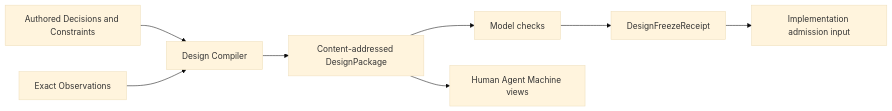
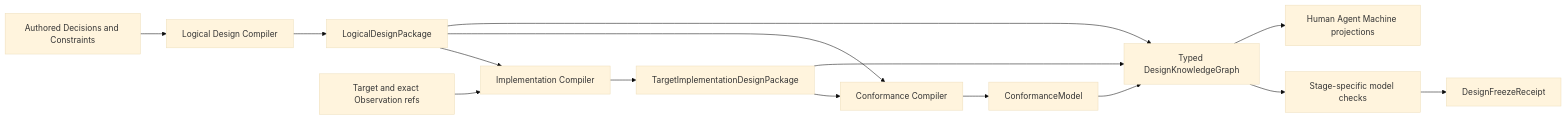
Before and after one commit to sec-platform/sec: the ninth of 9 diagrams in docs/design-calculus.md, drawn with Mermaid (base theme). The commit also changed other lines of this file and 2 other files, not shown here.

Commit message:
docs: separate logical implementation and conformance design

````diff
--- a/docs/design-calculus.md
+++ b/docs/design-calculus.md
@@ -688,10 +714,17 @@
 ```mermaid
 flowchart LR
-  A[Authored Decisions and Constraints] --> C[Design Compiler]
-  O[Exact Observations] --> C
-  C --> P[Content-addressed DesignPackage]
-  P --> M[Model checks]
+  A[Authored Decisions and Constraints] --> L[Logical Design Compiler]
+  L --> LP[LogicalDesignPackage]
+  O[Target and exact Observation refs] --> I[Implementation Compiler]
+  LP --> I
+  I --> IP[TargetImplementationDesignPackage]
+  LP --> C[Conformance Compiler]
+  IP --> C
+  C --> CM[ConformanceModel]
+  LP --> K[Typed DesignKnowledgeGraph]
+  IP --> K
+  CM --> K
+  K --> M[Stage-specific model checks]
   M --> F[DesignFreezeReceipt]
-  P --> V[Human Agent Machine views]
-  F --> I[Implementation admission input]
+  K --> V[Human Agent Machine projections]
 ```
````
